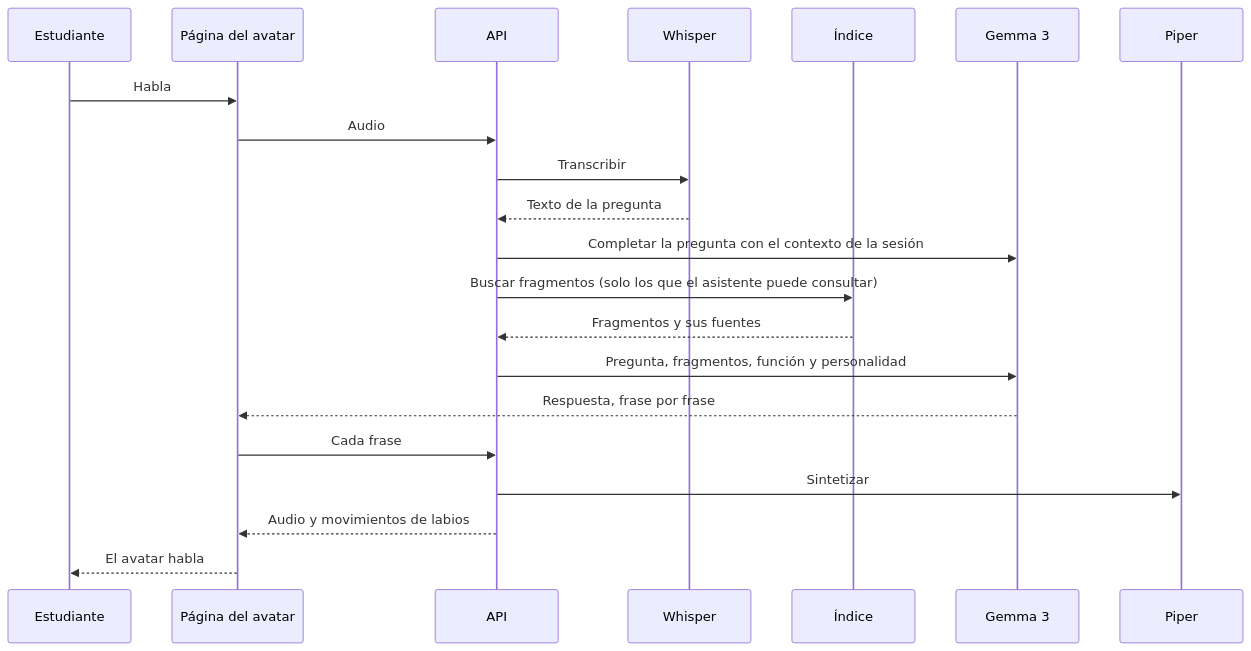
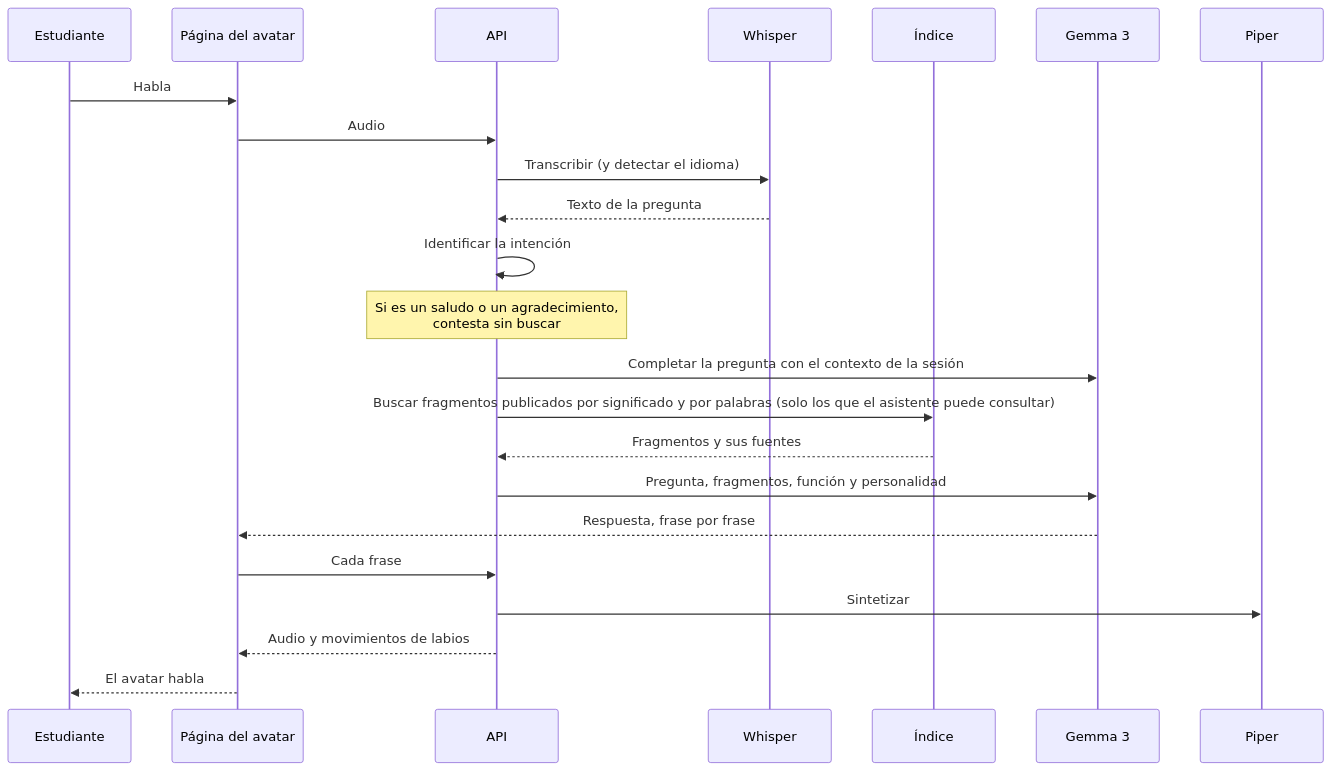
The second of 3 diagrams in docs/arquitectura.md (DIDDY616/Chatbot), drawn with Mermaid before and after one commit. The commit also changed other lines of this file and 106 other files, not shown here.

````diff
--- a/docs/arquitectura.md
+++ b/docs/arquitectura.md
@@ -68,24 +75,26 @@
 ```mermaid
 sequenceDiagram
     participant U as Estudiante
     participant W as Página del avatar
     participant API
     participant STT as Whisper
     participant V as Índice
     participant LLM as Gemma 3
     participant TTS as Piper
 
     U->>W: Habla
     W->>API: Audio
-    API->>STT: Transcribir
+    API->>STT: Transcribir (y detectar el idioma)
     STT-->>API: Texto de la pregunta
+    API->>API: Identificar la intención
+    Note over API: Si es un saludo o un agradecimiento,<br>contesta sin buscar
     API->>LLM: Completar la pregunta con el contexto de la sesión
-    API->>V: Buscar fragmentos (solo los que el asistente puede consultar)
+    API->>V: Buscar fragmentos publicados por significado y por palabras (solo los que el asistente puede consultar)
     V-->>API: Fragmentos y sus fuentes
     API->>LLM: Pregunta, fragmentos, función y personalidad
     LLM-->>W: Respuesta, frase por frase
     W->>API: Cada frase
     API->>TTS: Sintetizar
     API-->>W: Audio y movimientos de labios
     W-->>U: El avatar habla
 ```
````
